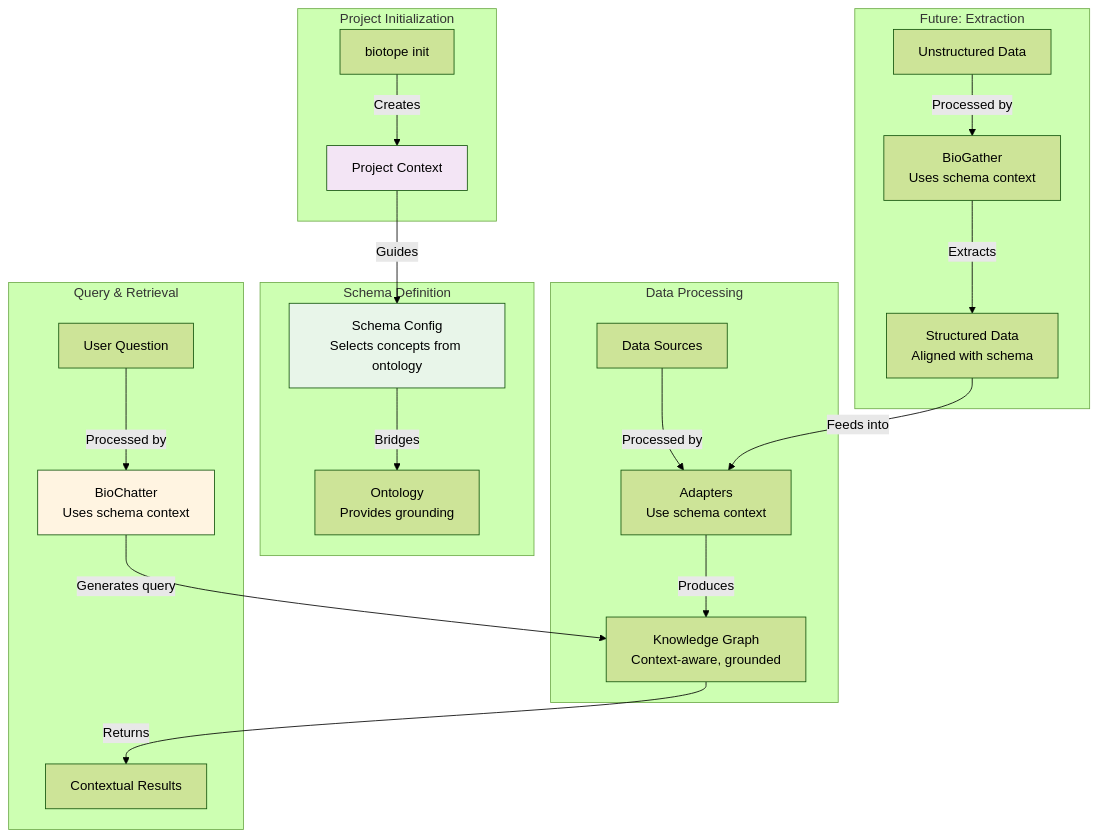
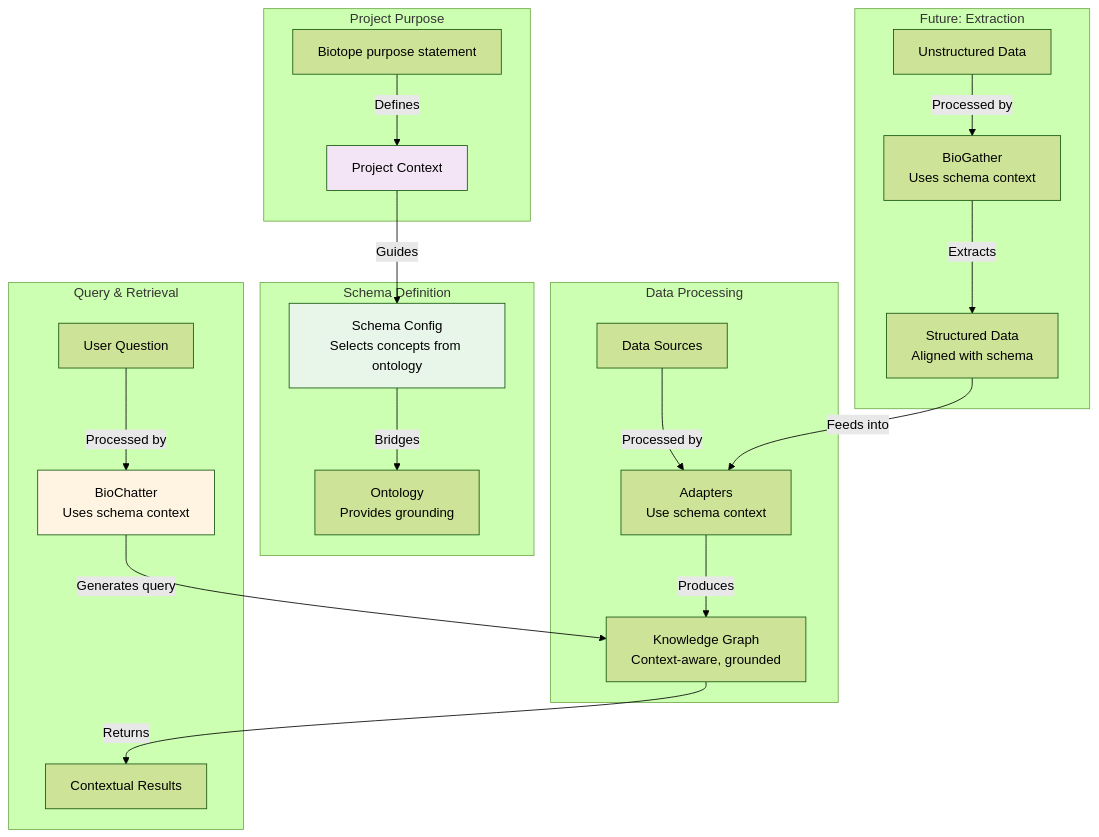
Before and after one commit to biocypher/documentation: the fourth of 4 diagrams in docs/philosophy.md, drawn with Mermaid (forest theme). The commit also changed other lines of this file and 3 other files, not shown here.

````diff
--- a/docs/philosophy.md
+++ b/docs/philosophy.md
@@ -203,32 +177,32 @@
 ```mermaid
 flowchart TD
-    subgraph "Project Initialization"
-        A[biotope init] -->|Creates| B[Project Context]
+    subgraph "Project Purpose"
+        A[Biotope purpose statement] -->|Defines| B[Project Context]
     end
     
     subgraph "Schema Definition"
         B -->|Guides| C[Schema Config<br/>Selects concepts from ontology]
         C -->|Bridges| D[Ontology<br/>Provides grounding]
     end
     
     subgraph "Data Processing"
         E[Data Sources] -->|Processed by| F[Adapters<br/>Use schema context]
         F -->|Produces| G[Knowledge Graph<br/>Context-aware, grounded]
     end
     
     subgraph "Query & Retrieval"
         H[User Question] -->|Processed by| I[BioChatter<br/>Uses schema context]
         I -->|Generates query| G
         G -->|Returns| J[Contextual Results]
     end
     
     subgraph "Future: Extraction"
         K[Unstructured Data] -->|Processed by| L[BioGather<br/>Uses schema context]
         L -->|Extracts| M[Structured Data<br/>Aligned with schema]
         M -->|Feeds into| F
     end
     
     style C fill:#e8f5e9
     style I fill:#fff4e1
     style B fill:#f3e5f5
 ```
````
